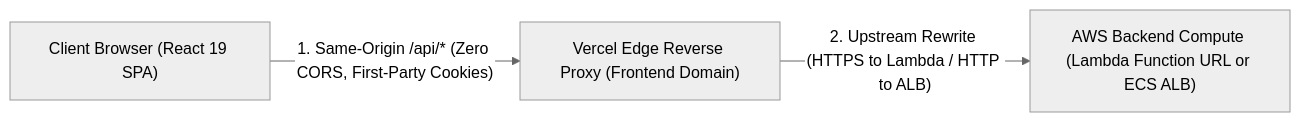
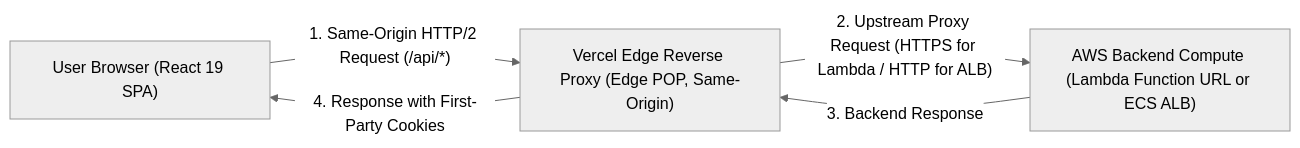
Before and after one commit to utkarshj014/authsphere: the second of 3 diagrams in docs/DEPLOYMENT.md, drawn with Mermaid (neutral theme). The commit also changed other lines of this file and 1 other file, not shown here.

````diff
--- a/docs/DEPLOYMENT.md
+++ b/docs/DEPLOYMENT.md
@@ -320,9 +154,11 @@
 ```mermaid
 flowchart LR
-    Browser["Client Browser (React 19 SPA)"]
-    VercelEdge["Vercel Edge Reverse Proxy (Frontend Domain)"]
-    Backend["AWS Backend Compute (Lambda Function URL or ECS ALB)"]
+    Browser["User Browser (React 19 SPA)"]
+    VercelEdge["Vercel Edge Reverse Proxy (Edge POP, Same-Origin)"]
+    AWSBackend["AWS Backend Compute (Lambda Function URL or ECS ALB)"]
 
-    Browser -->|"1. Same-Origin /api/* (Zero CORS, First-Party Cookies)"| VercelEdge
-    VercelEdge -->|"2. Upstream Rewrite (HTTPS to Lambda / HTTP to ALB)"| Backend
+    Browser -->|"1. Same-Origin HTTP/2 Request (/api/*)"| VercelEdge
+    VercelEdge -->|"2. Upstream Proxy Request (HTTPS for Lambda / HTTP for ALB)"| AWSBackend
+    AWSBackend -->|"3. Backend Response"| VercelEdge
+    VercelEdge -->|"4. Response with First-Party Cookies"| Browser
 ```
````
